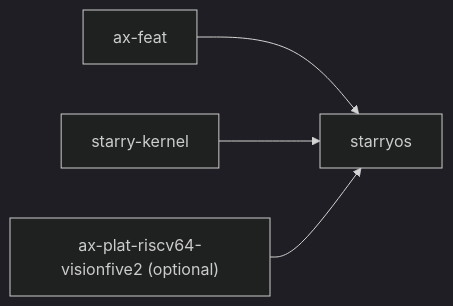
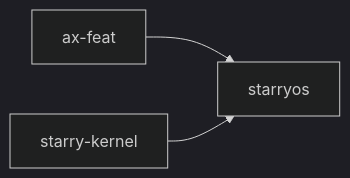
Before and after one commit to rcore-os/tgoskits: the second of 2 diagrams in docs/docs/components/crates/starryos.md, drawn with Mermaid (dark theme). The commit also changed other lines of this file and 29 other files, not shown here.

````diff
--- a/docs/docs/components/crates/starryos.md
+++ b/docs/docs/components/crates/starryos.md
@@ -103,6 +102,5 @@
 ```mermaid
 graph LR
     ax-feat["ax-feat"] --> starryos["starryos"]
     kernel["starry-kernel"] --> starryos
-    vf2["ax-plat-riscv64-visionfive2 (optional)"] --> starryos
 ```
````
